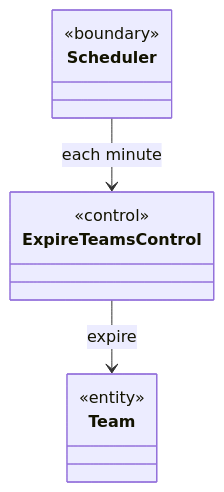
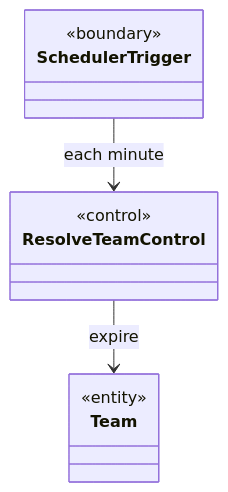
The ninth of 11 diagrams in docs/swe5006/report/sections/03-2b-transition-5-7-yorik.md (PPsyrius/iss-groupbuy-team8), drawn with Mermaid before and after one commit. The commit also changed other lines of this file, not shown here.

Commit message:
docs(report): Figure 3.25 names the expiry analysis objects SchedulerTrigger and ResolveTeamControl, as UC5 and UC6 do (#463) [owner: Yorik]
Figure 3.25 (transition strategy 7, before the strategy) drew the team
expiry with a «boundary» Scheduler and a «control» ExpireTeamsControl.
The same two analysis objects are SchedulerTrigger and
ResolveTeamControl in UC6 (Figures 3.51, 3.52, Table 3.15:
sections/03-4-2-yorik.md:29,34 at b8e2a127), in UC5 (Figures 3.99,
3.105, Table 3.20: sections/03-4-5-liu-jin.md:125,137 at b8e2a127) and
in transition strategy 9 (Figure 3.33:
sections/03-2d-transition-9-yorik.md:53 at b8e2a127). The figure and its
caption now use those names; the prose about the Scheduler actor is
unchanged.

Evidence-skipped: report fact fix against its cited source; the sprint log entry of this PR covers it
Claude-Session: https://claude.ai/code/session_01JW6rqhVURQAqLAddc56V99

````diff
--- a/docs/swe5006/report/sections/03-2b-transition-5-7-yorik.md
+++ b/docs/swe5006/report/sections/03-2b-transition-5-7-yorik.md
@@ -434,17 +434,17 @@
 ```mermaid
 classDiagram
-    class Scheduler {
+    class SchedulerTrigger {
         <<boundary>>
     }
-    class ExpireTeamsControl {
+    class ResolveTeamControl {
         <<control>>
     }
     class Team {
         <<entity>>
     }
-    Scheduler --> ExpireTeamsControl : each minute
-    ExpireTeamsControl --> Team : expire
-    %% at Scheduler 0,0
-    %% at ExpireTeamsControl 0,1
+    SchedulerTrigger --> ResolveTeamControl : each minute
+    ResolveTeamControl --> Team : expire
+    %% at SchedulerTrigger 0,0
+    %% at ResolveTeamControl 0,1
     %% at Team 0,2
 ```
````
